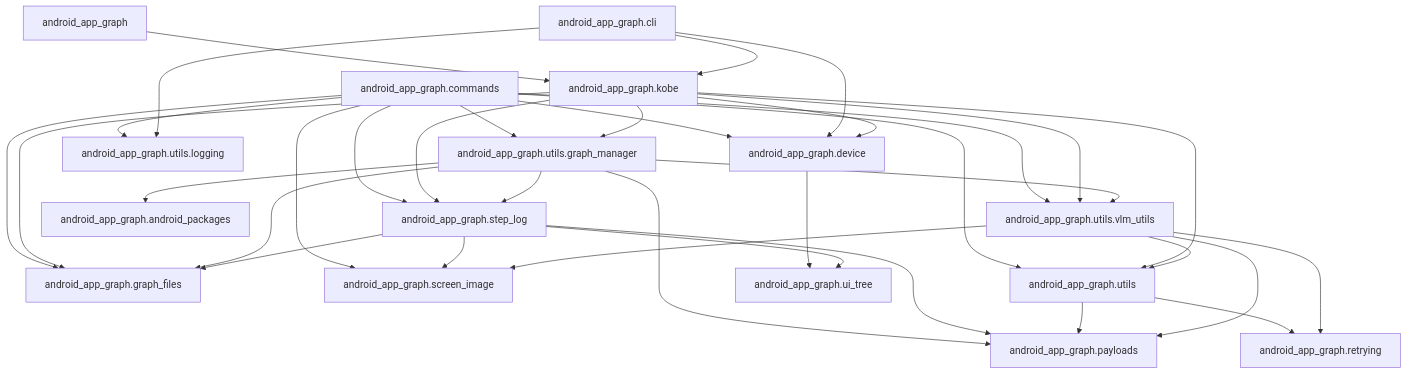
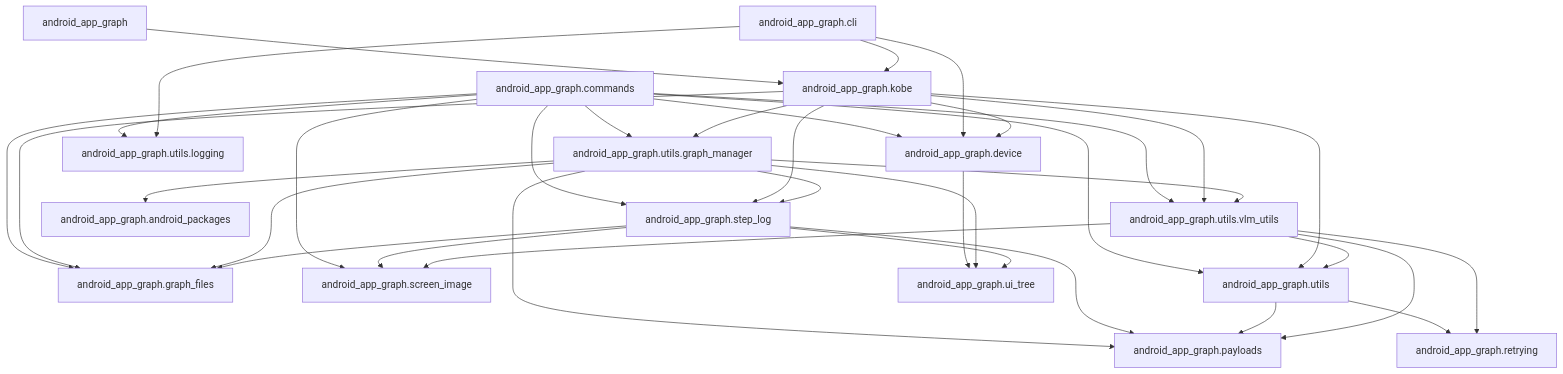
One commit to john-agi/Android-App-Graph changed the diagram in README.md. Above: the diagram before and after it, drawn with Mermaid. The commit also changed other lines of this file, not shown here.

````diff
--- a/README.md
+++ b/README.md
@@ -52,37 +52,38 @@
 ```mermaid
 graph TD;
     pkg["android_app_graph"] --> kobe["android_app_graph.kobe"];
     cmd["android_app_graph.commands"] --> dev["android_app_graph.device"];
     cmd --> gf["android_app_graph.graph_files"];
     cmd --> img["android_app_graph.screen_image"];
     cmd --> steps["android_app_graph.step_log"];
     cmd --> utils["android_app_graph.utils"];
     cmd --> gm["android_app_graph.utils.graph_manager"];
     cmd --> logging["android_app_graph.utils.logging"];
     cmd --> vlm["android_app_graph.utils.vlm_utils"];
     cli["android_app_graph.cli"] --> dev;
     cli --> kobe;
     cli --> logging;
     dev --> tree["android_app_graph.ui_tree"];
     kobe --> dev;
     kobe --> gf;
     kobe --> steps;
     kobe --> utils;
     kobe --> gm;
     kobe --> vlm;
     gm --> pkgs["android_app_graph.android_packages"];
     gm --> gf;
     gm --> pay["android_app_graph.payloads"];
     gm --> steps;
+    gm --> tree;
     gm --> vlm;
     steps --> gf;
     steps --> pay;
     steps --> img;
     steps --> tree;
     utils --> pay;
     utils --> retry["android_app_graph.retrying"];
     vlm --> pay;
     vlm --> retry;
     vlm --> img;
     vlm --> utils;
 ```
````
